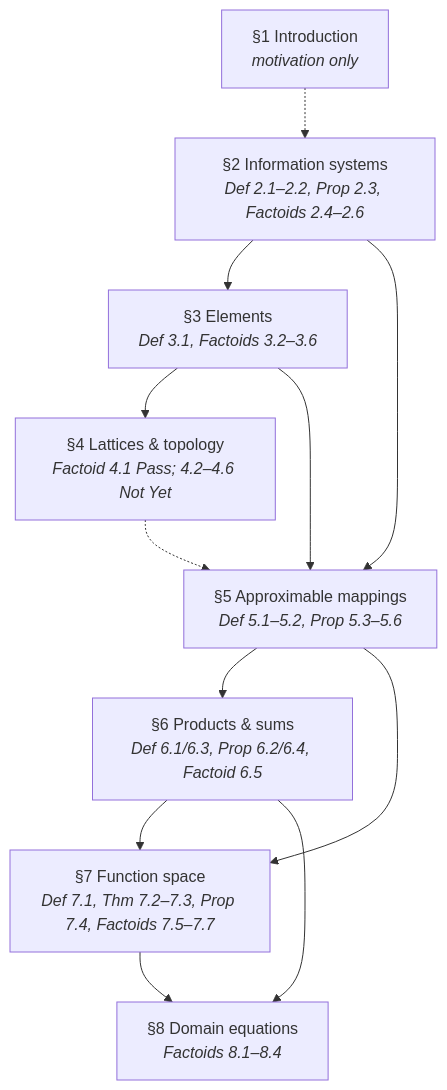
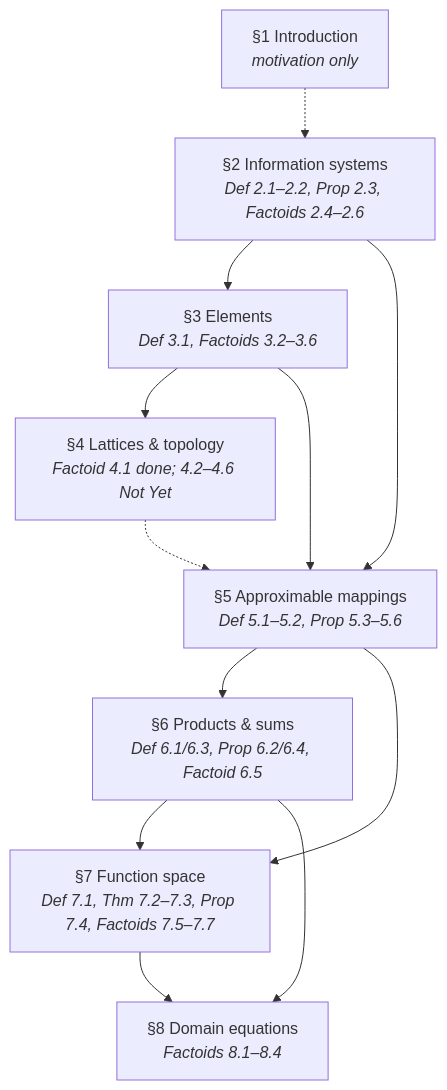
The first of 10 diagrams in arxiv.md (catskillsresearch/scott1982), drawn with Mermaid before and after one commit. The commit also changed other lines of this file and 1 other file, not shown here.

First line of the commit message:
Drop Pass status vocabulary from the arXiv narrative.

````diff
--- a/arxiv.md
+++ b/arxiv.md
@@ -45,23 +42,23 @@
 ```mermaid
 flowchart TB
   S1["§1 Introduction<br/><i>motivation only</i>"]
   S2["§2 Information systems<br/><i>Def 2.1–2.2, Prop 2.3, Factoids 2.4–2.6</i>"]
   S3["§3 Elements<br/><i>Def 3.1, Factoids 3.2–3.6</i>"]
-  S4["§4 Lattices & topology<br/><i>Factoid 4.1 Pass; 4.2–4.6 Not Yet</i>"]
+  S4["§4 Lattices & topology<br/><i>Factoid 4.1 done; 4.2–4.6 Not Yet</i>"]
   S5["§5 Approximable mappings<br/><i>Def 5.1–5.2, Prop 5.3–5.6</i>"]
   S6["§6 Products & sums<br/><i>Def 6.1/6.3, Prop 6.2/6.4, Factoid 6.5</i>"]
   S7["§7 Function space<br/><i>Def 7.1, Thm 7.2–7.3, Prop 7.4, Factoids 7.5–7.7</i>"]
   S8["§8 Domain equations<br/><i>Factoids 8.1–8.4</i>"]
 
   S1 -.-> S2
   S2 --> S3
   S3 --> S4
   S3 --> S5
   S2 --> S5
   S5 --> S6
   S5 --> S7
   S6 --> S7
   S6 --> S8
   S7 --> S8
   S4 -.-> S5
 ```
````
